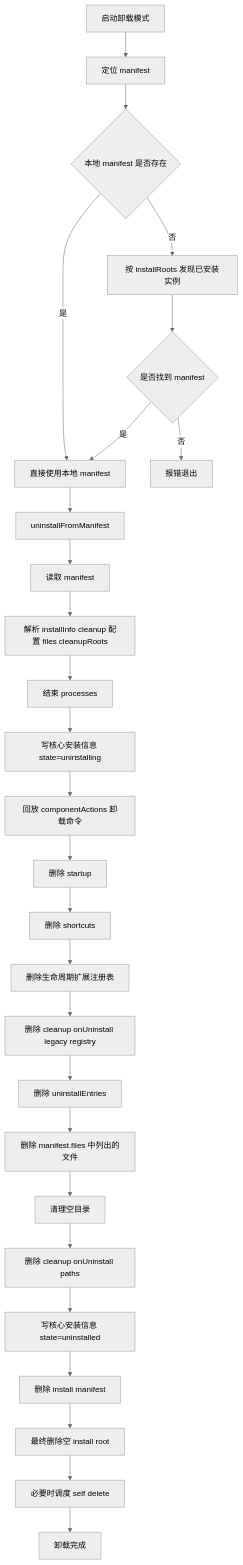
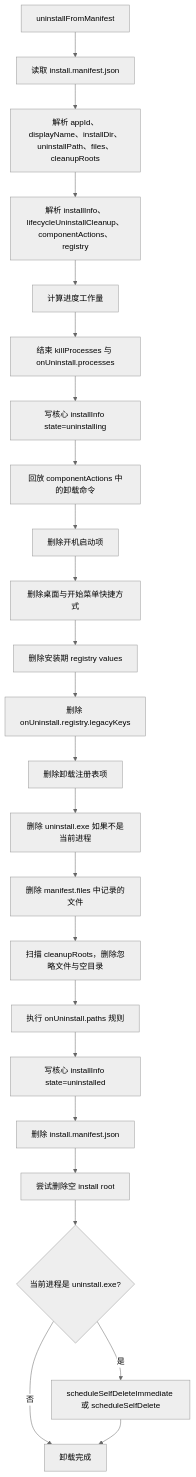
The tenth of 10 diagrams in docs/安装器流程图.md (lu020218/Multi-Threaded_Installer), drawn with Mermaid (neutral theme) before and after one commit. The commit also changed other lines of this file and 19 other files, not shown here.

````diff
--- a/docs/安装器流程图.md
+++ b/docs/安装器流程图.md
@@ -78,30 +226,26 @@
 ```mermaid
 flowchart TD
-    A[启动卸载模式] --> B[定位 manifest]
-    B --> C{本地 manifest 是否存在}
-    C -->|是| D[直接使用本地 manifest]
-    C -->|否| E[按 installRoots 发现已安装实例]
-    E --> F{是否找到 manifest}
-    F -->|否| F1[报错退出]
-    F -->|是| D
-
-    D --> G[uninstallFromManifest]
-    G --> H[读取 manifest]
-    H --> I[解析 installInfo cleanup 配置 files cleanupRoots]
-    I --> J[结束 processes]
-    J --> K[写核心安装信息 state=uninstalling]
-    K --> L[回放 componentActions 卸载命令]
-    L --> M[删除 startup]
-    M --> N[删除 shortcuts]
-    N --> O[删除生命周期扩展注册表]
-    O --> P[删除 cleanup onUninstall legacy registry]
-    P --> Q[删除 uninstallEntries]
-    Q --> R[删除 manifest.files 中列出的文件]
-    R --> S[清理空目录]
-    S --> T[删除 cleanup onUninstall paths]
-    T --> U[写核心安装信息 state=uninstalled]
-    U --> V[删除 install manifest]
-    V --> W[最终删除空 install root]
-    W --> X[必要时调度 self delete]
-    X --> Y[卸载完成]
+    A[uninstallFromManifest] --> B[读取 install.manifest.json]
+    B --> C[解析 appId、displayName、installDir、uninstallPath、files、cleanupRoots]
+    C --> D[解析 installInfo、lifecycleUninstallCleanup、componentActions、registry]
+    D --> E[计算进度工作量]
+    E --> F[结束 killProcesses 与 onUninstall.processes]
+    F --> G[写核心 installInfo state=uninstalling]
+    G --> H[回放 componentActions 中的卸载命令]
+    H --> I[删除开机启动项]
+    I --> J[删除桌面与开始菜单快捷方式]
+    J --> K[删除安装期 registry values]
+    K --> L[删除 onUninstall.registry.legacyKeys]
+    L --> M[删除卸载注册表项]
+    M --> N[删除 uninstall.exe 如果不是当前进程]
+    N --> O[删除 manifest.files 中记录的文件]
+    O --> P[扫描 cleanupRoots，删除忽略文件与空目录]
+    P --> Q[执行 onUninstall.paths 规则]
+    Q --> R[写核心 installInfo state=uninstalled]
+    R --> S[删除 install.manifest.json]
+    S --> T[尝试删除空 install root]
+    T --> U{当前进程是 uninstall.exe?}
+    U -->|是| U1[scheduleSelfDeleteImmediate 或 scheduleSelfDelete]
+    U -->|否| V[卸载完成]
+    U1 --> V
 ```
````
